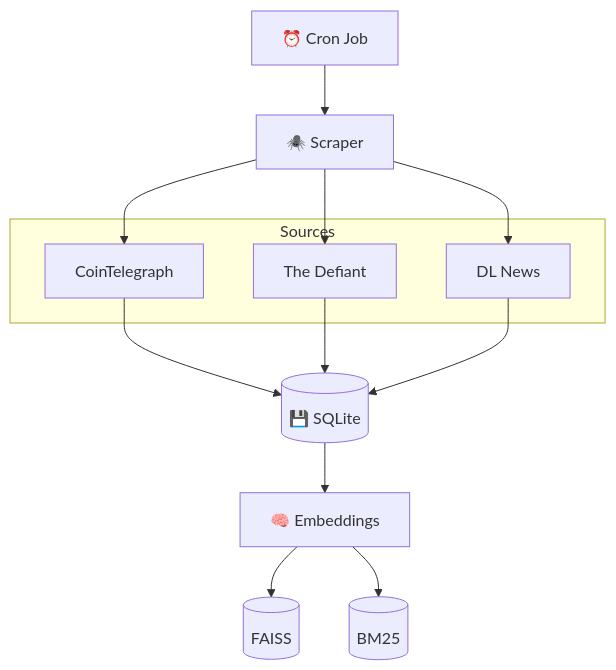
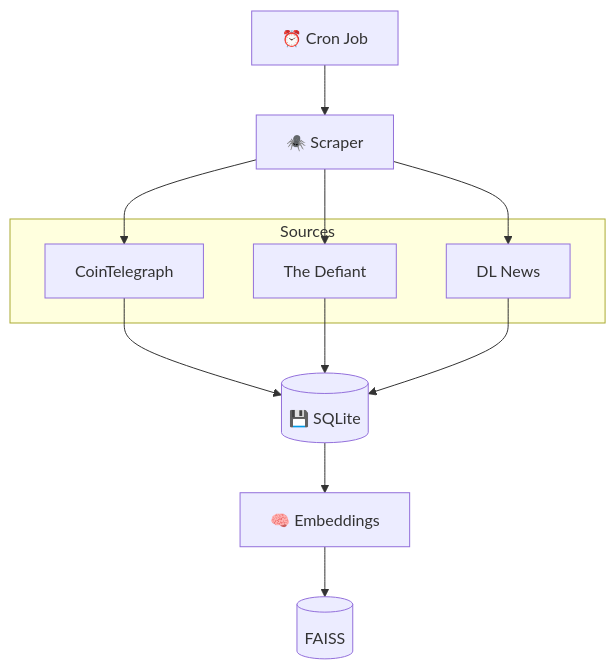
The second of 3 diagrams in architecture.md (oscarthedev15/crypto-news-analyst), drawn with Mermaid before and after one commit. The commit also changed other lines of this file and 2 other files, not shown here.

````diff
--- a/architecture.md
+++ b/architecture.md
@@ -32,15 +32,15 @@
 ```mermaid
 flowchart TB
     CRON[⏰ Cron Job] --> SCRAPER[🕷️ Scraper]
 
     subgraph "Sources"
         CT[CoinTelegraph]
         TD[The Defiant]
         DL[DL News]
     end
 
     SCRAPER --> CT & TD & DL
     CT & TD & DL --> DB[(💾 SQLite)]
     DB --> EMBED[🧠 Embeddings]
-    EMBED --> FAISS[(FAISS)] & BM25[(BM25)]
+    EMBED --> FAISS[(FAISS)]
 ```
````
